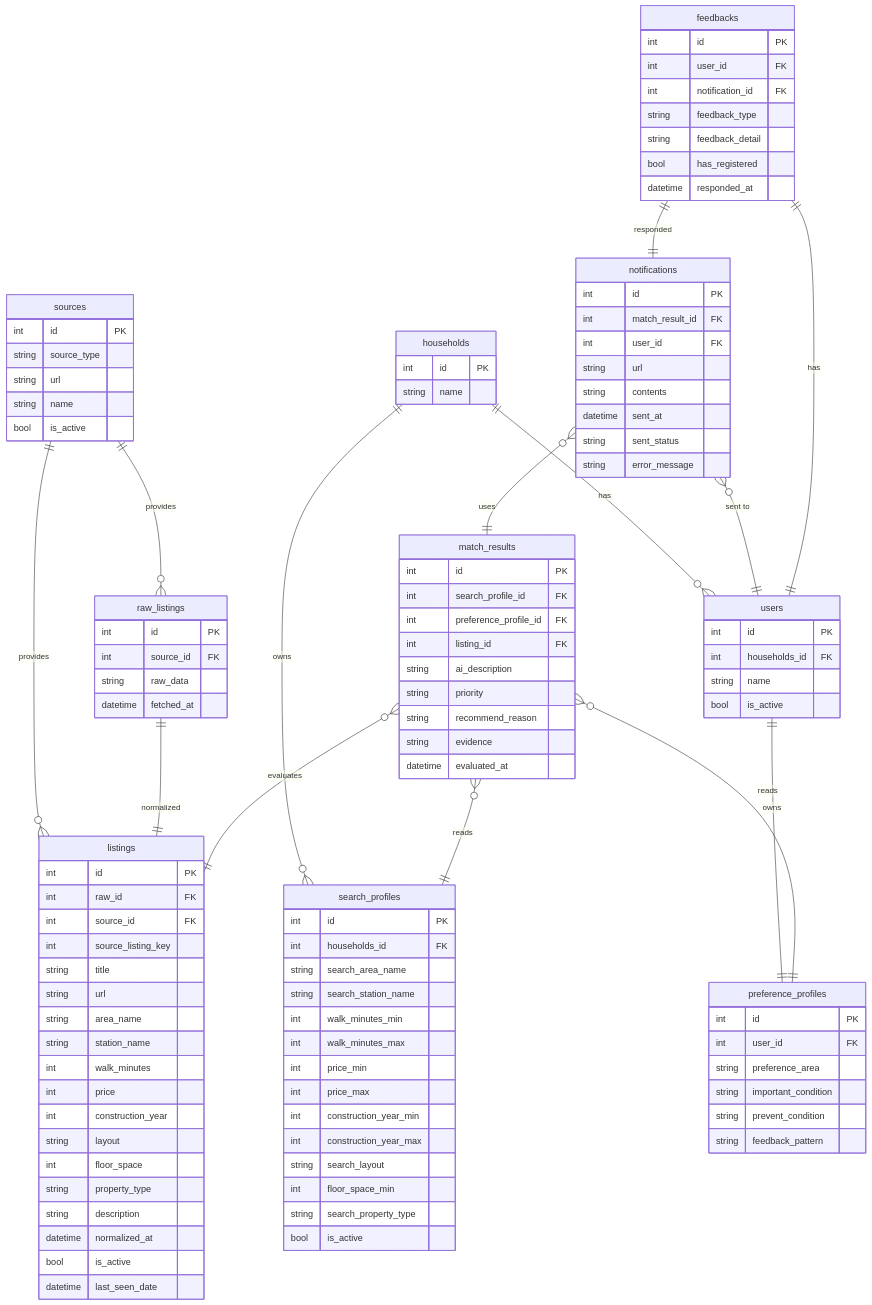
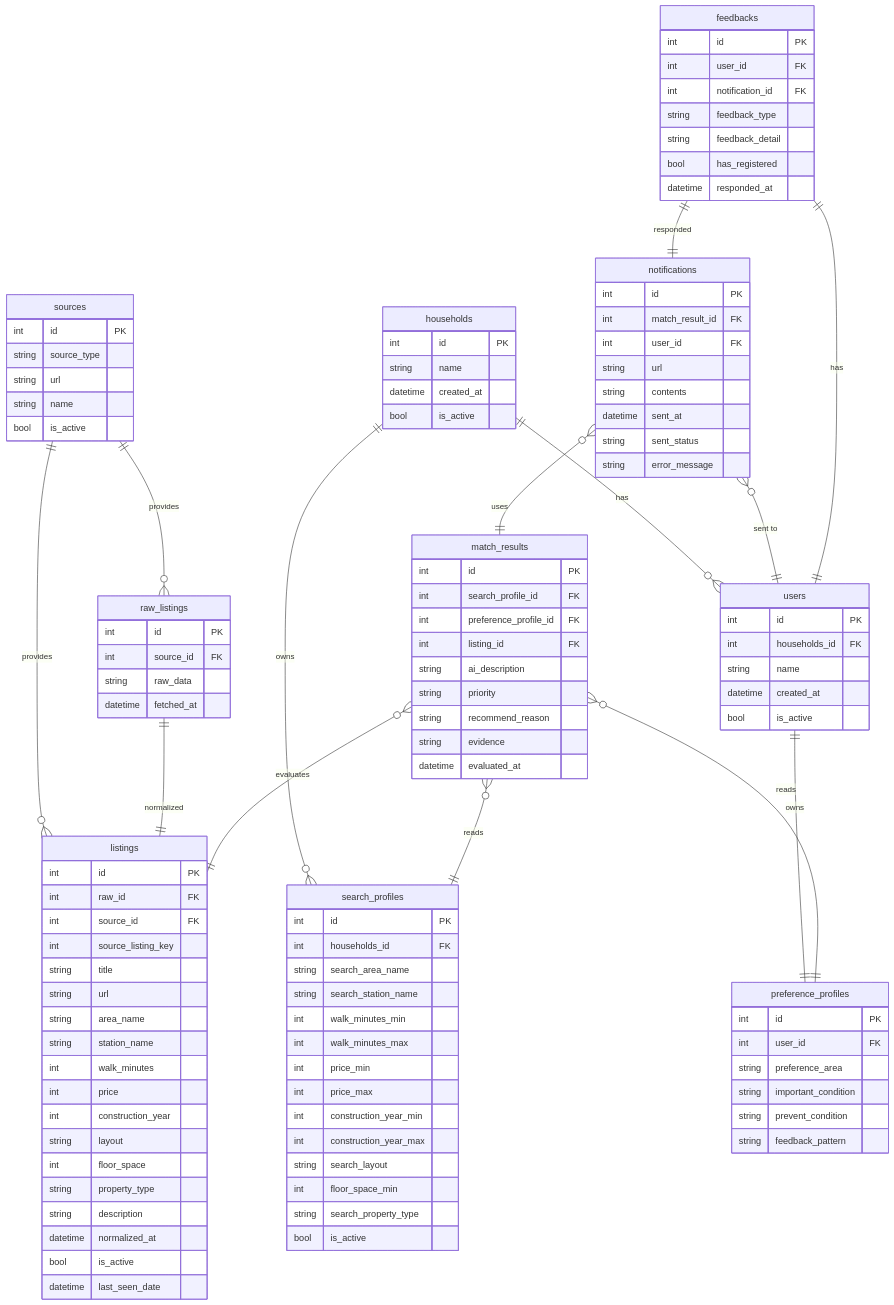
The diagram in docs/data-model.md (Ryota-Matsuda/HouseParchaseConcergeBot), drawn with Mermaid before and after one commit. The commit also changed other lines of this file and 6 other files, not shown here.

```diff
--- a/docs/data-model.md
+++ b/docs/data-model.md
@@ -96,12 +96,15 @@
     households{
         int id PK
         string name
+        datetime created_at
+        bool is_active
     }
 
     users{
         int id PK
         int households_id FK
         string name
+        datetime created_at
         bool is_active
     }
 
```
